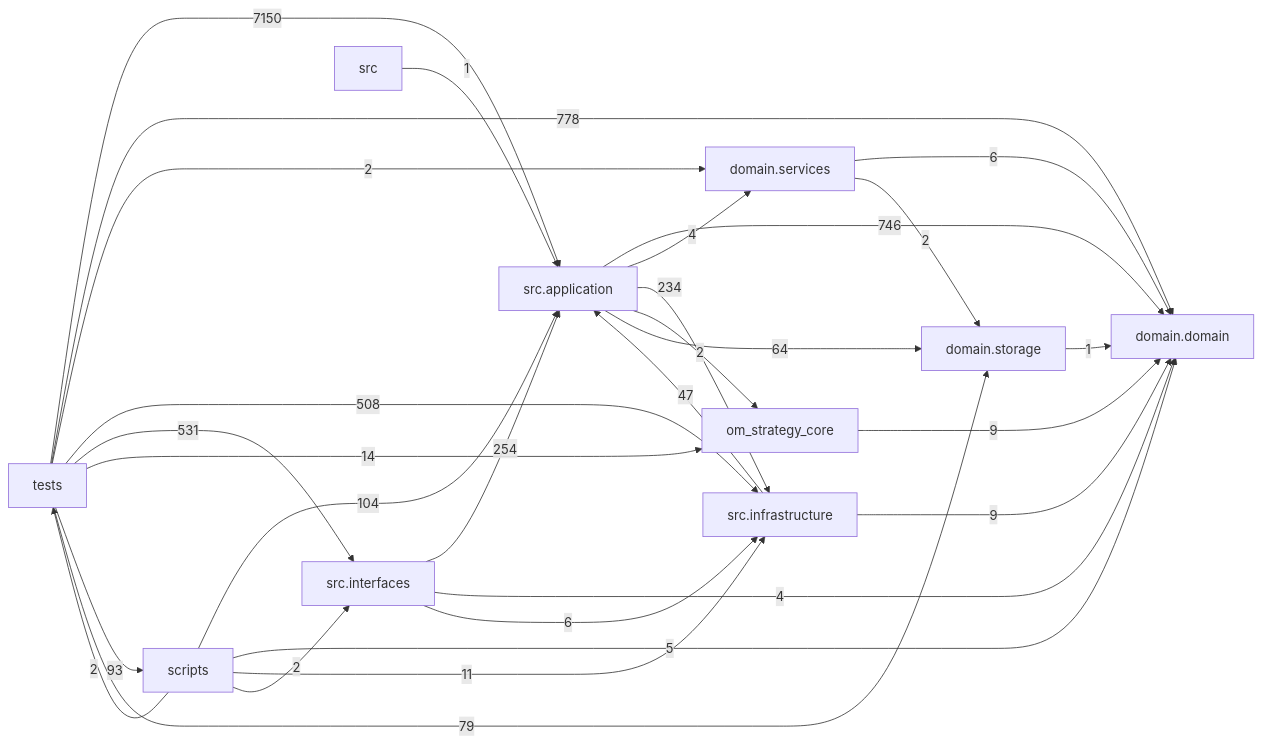
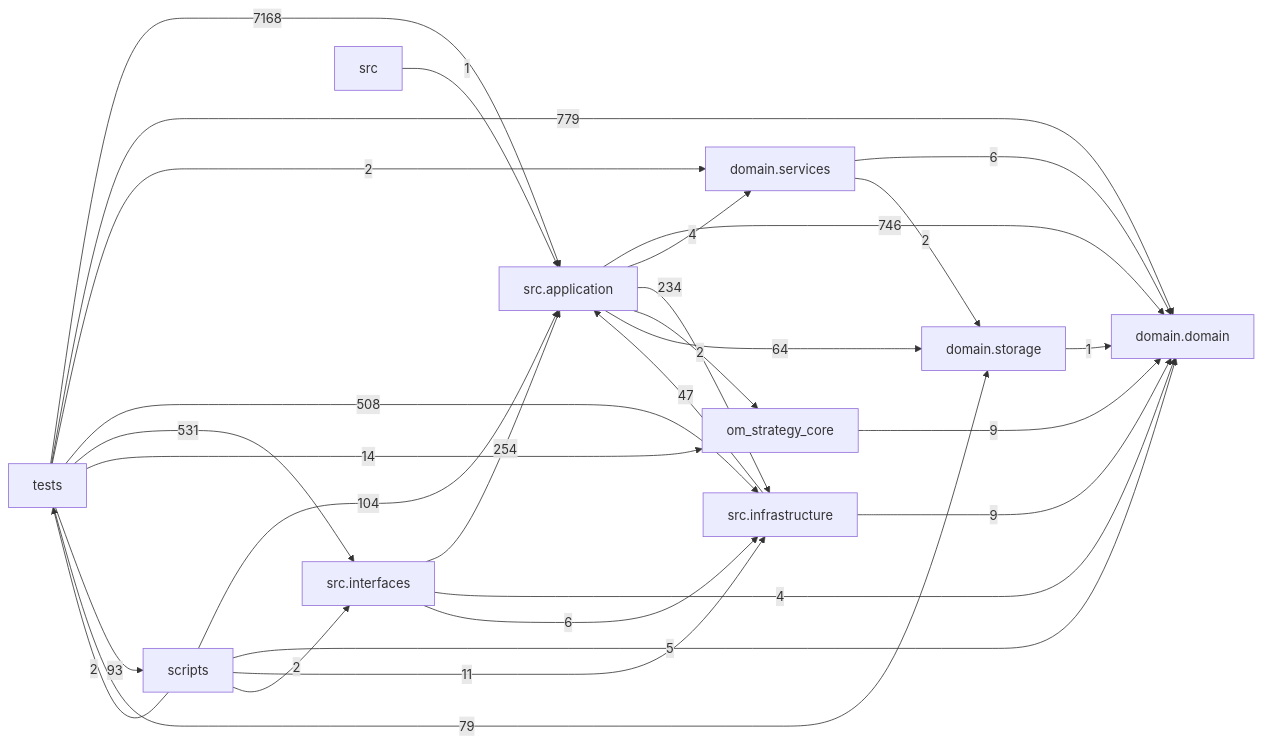
The diagram in docs/DEPENDENCY_GRAPH.md (liuxie066/options-monitor), drawn with Mermaid before and after one commit. The commit also changed other lines of this file and 4 other files, not shown here.

````diff
--- a/docs/DEPENDENCY_GRAPH.md
+++ b/docs/DEPENDENCY_GRAPH.md
@@ -24,39 +24,39 @@
 ```mermaid
 flowchart LR
   tests["tests"]
   scripts["scripts"]
   interfaces["src.interfaces"]
   application["src.application"]
   infrastructure["src.infrastructure"]
   domain_services["domain.services"]
   domain["domain.domain"]
   storage["domain.storage"]
   application -->|746| domain
   application -->|4| domain_services
   application -->|234| infrastructure
   application -->|2| om_strategy_core
   application -->|64| storage
   domain_services -->|6| domain
   domain_services -->|2| storage
   infrastructure -->|47| application
   infrastructure -->|9| domain
   interfaces -->|254| application
   interfaces -->|4| domain
   interfaces -->|6| infrastructure
   om_strategy_core -->|9| domain
   scripts -->|104| application
   scripts -->|5| domain
   scripts -->|11| infrastructure
   scripts -->|2| interfaces
   scripts -->|2| tests
   src -->|1| application
   storage -->|1| domain
-  tests -->|7150| application
-  tests -->|778| domain
+  tests -->|7168| application
+  tests -->|779| domain
   tests -->|2| domain_services
   tests -->|508| infrastructure
   tests -->|531| interfaces
   tests -->|14| om_strategy_core
   tests -->|93| scripts
   tests -->|79| storage
 ```
````
